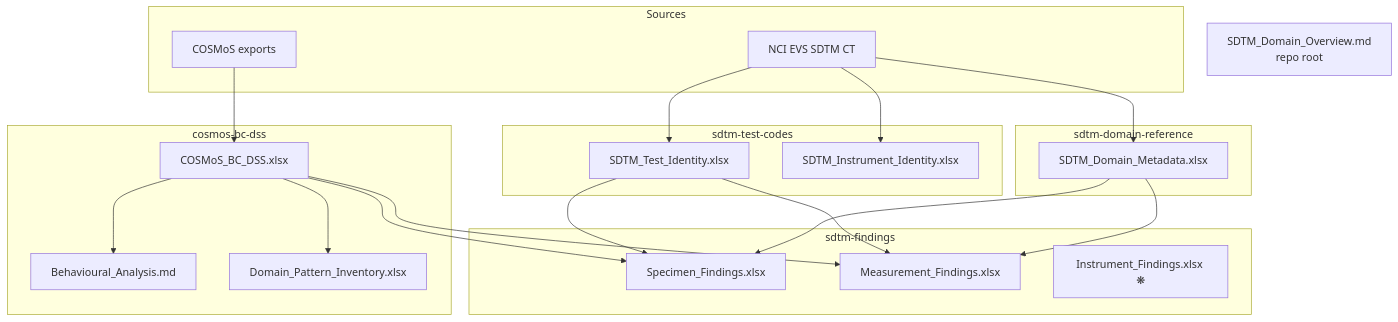
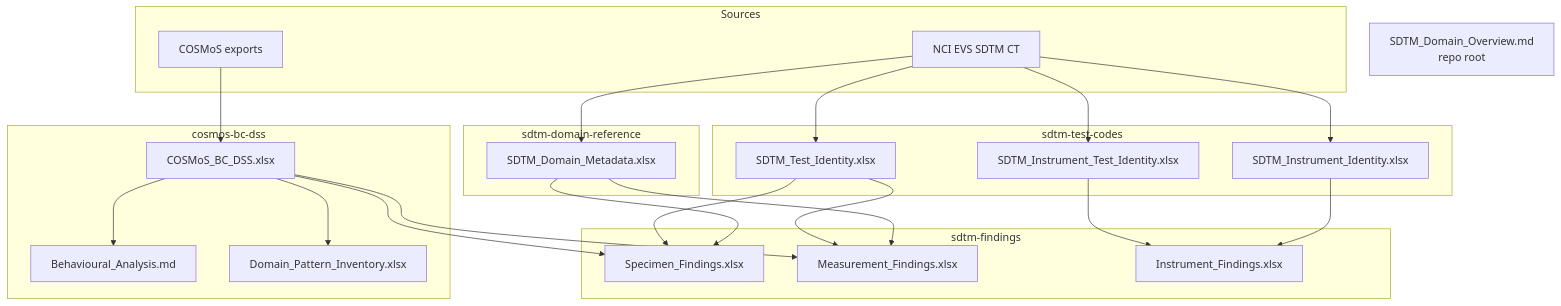
Before and after one commit to kerfors/cdisc-for-ai: the diagram in README.md, drawn with Mermaid. The commit also changed other lines of this file and 7 other files, not shown here.

First line of the commit message:
docs: update top-level documentation for three-layer instrument identity

````diff
--- a/README.md
+++ b/README.md
@@ -66,45 +67,49 @@
 ```mermaid
 graph TD
     subgraph Sources
         EVS["NCI EVS SDTM CT"]
         COS["COSMoS exports"]
     end
 
     subgraph sdtm-test-codes
         TI["SDTM_Test_Identity.xlsx"]
+        ITI["SDTM_Instrument_Test_Identity.xlsx"]
         II["SDTM_Instrument_Identity.xlsx"]
     end
 
     subgraph cosmos-bc-dss
         BCD["COSMoS_BC_DSS.xlsx"]
         BA["Behavioural_Analysis.md"]
         DPI["Domain_Pattern_Inventory.xlsx"]
     end
 
     subgraph sdtm-domain-reference
         DM["SDTM_Domain_Metadata.xlsx"]
     end
 
     subgraph sdtm-findings
         SF["Specimen_Findings.xlsx"]
         MF["Measurement_Findings.xlsx"]
-        IF["Instrument_Findings.xlsx ❋"]
+        IF["Instrument_Findings.xlsx"]
     end
 
     EVS --> TI
+    EVS --> ITI
     EVS --> II
+    ITI --> IF
+    II --> IF
     COS --> BCD
     BCD --> BA
     BCD --> DPI
     EVS --> DM
 
     TI --> SF
     DM --> SF
     BCD --> SF
 
     TI --> MF
     DM --> MF
     BCD --> MF
 
     DO["SDTM_Domain_Overview.md<br/>repo root"]
 ```
````
